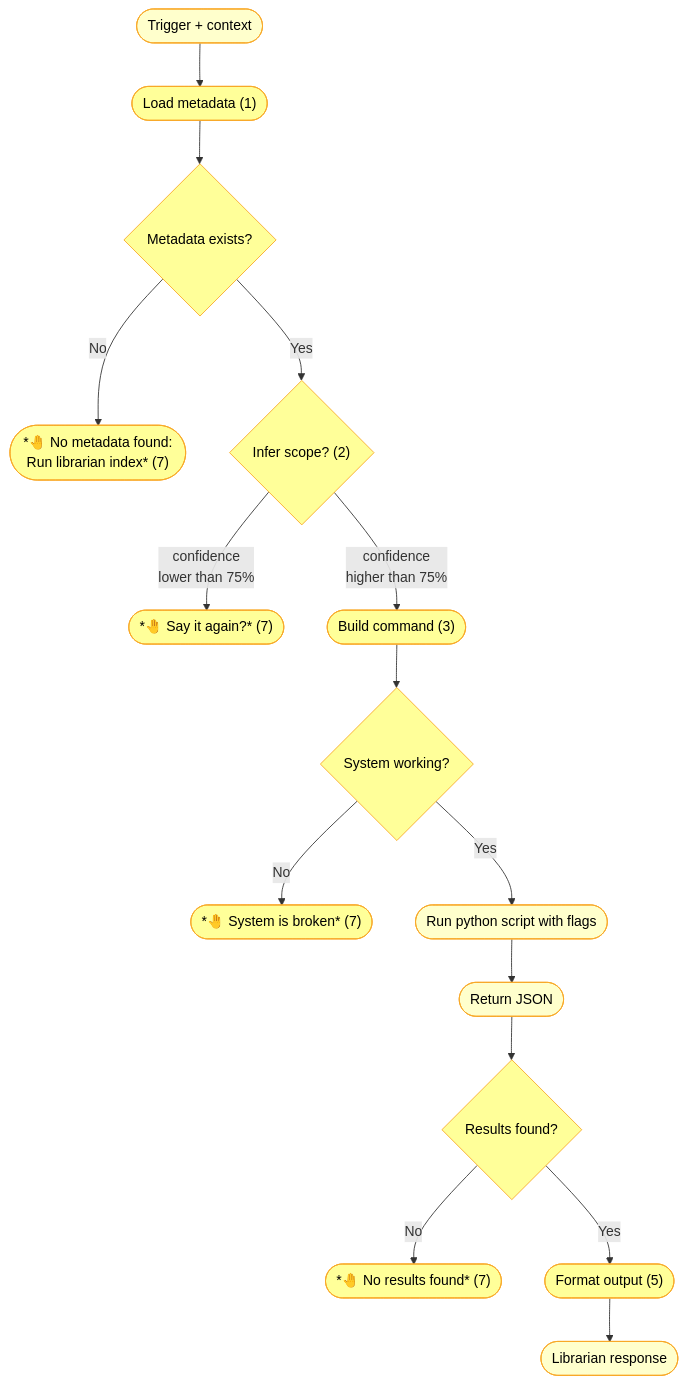
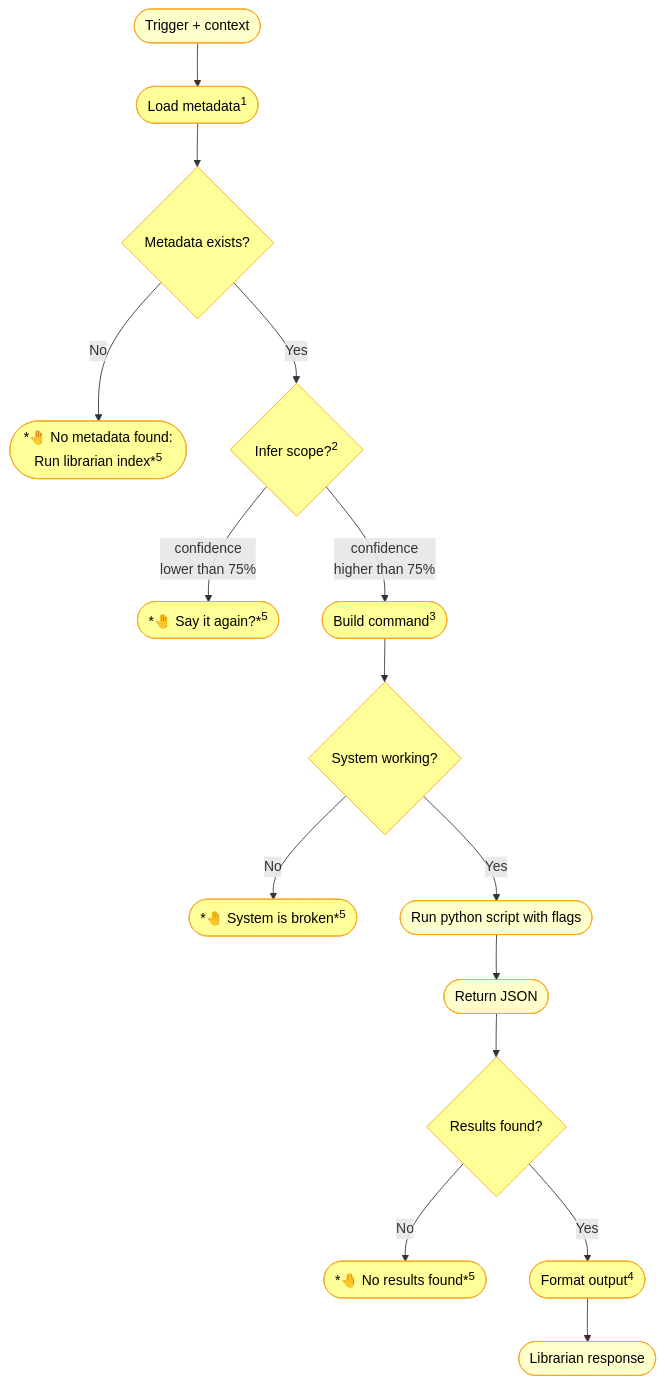
The diagram in backstage/epic-notes/v0.15.0-skill-protocol.md (nonlinear/librarian), drawn with Mermaid before and after one commit.

Commit message:
arch: Try superscript in mermaid diagram

````diff
--- a/backstage/epic-notes/v0.15.0-skill-protocol.md
+++ b/backstage/epic-notes/v0.15.0-skill-protocol.md
@@ -3,41 +3,41 @@
 ```mermaid
 flowchart TB
     TRIGGER(["Trigger + context"])
-    TRIGGER --> METADATA(["Load metadata (1)"])
+    TRIGGER --> METADATA(["Load metadata<sup>1</sup>"])
     METADATA --> CHECK{"Metadata exists?"}
     
-    CHECK -->|"No"| ERROR(["*🤚 No metadata found:<br>Run librarian index* (7)"])
-    CHECK -->|"Yes"| INFER{"Infer scope? (2)"}
+    CHECK -->|"No"| ERROR(["*🤚 No metadata found:<br>Run librarian index*<sup>5</sup>"])
+    CHECK -->|"Yes"| INFER{"Infer scope?<sup>2</sup>"}
     
-    INFER -->|"confidence<br>lower than 75%"| CLARIFY(["*🤚 Say it again?* (7)"])
-    INFER -->|"confidence<br>higher than 75%"| BUILD(["Build command (3)"])
+    INFER -->|"confidence<br>lower than 75%"| CLARIFY(["*🤚 Say it again?*<sup>5</sup>"])
+    INFER -->|"confidence<br>higher than 75%"| BUILD(["Build command<sup>3</sup>"])
     
     BUILD --> CHECK_SYSTEM{"System working?"}
     
-    CHECK_SYSTEM -->|"No"| BROKEN(["*🤚 System is broken* (7)"])
+    CHECK_SYSTEM -->|"No"| BROKEN(["*🤚 System is broken*<sup>5</sup>"])
     CHECK_SYSTEM -->|"Yes"| EXEC(["Run python script with flags"])
     
     EXEC --> JSON(["Return JSON"])
     JSON --> CHECK_RESULTS{"Results found?"}
     
-    CHECK_RESULTS -->|"No"| EMPTY(["*🤚 No results found* (7)"])
-    CHECK_RESULTS -->|"Yes"| FORMAT(["Format output (5)"])
+    CHECK_RESULTS -->|"No"| EMPTY(["*🤚 No results found*<sup>5</sup>"])
+    CHECK_RESULTS -->|"Yes"| FORMAT(["Format output<sup>4</sup>"])
     
     FORMAT --> RESPONSE(["Librarian response"])
     
     style TRIGGER fill:#FFFFCC,stroke:#F9A825,color:#000
     style METADATA fill:#FFFF99,stroke:#F9A825,color:#000
     style INFER fill:#FFFF99,stroke:#F9A825,color:#000
     style CLARIFY fill:#FFFF99,stroke:#F9A825,color:#000
     style BUILD fill:#FFFF99,stroke:#F9A825,color:#000
     style EXEC fill:#FFFFCC,stroke:#F9A825,color:#000
     style JSON fill:#FFFFCC,stroke:#F9A825,color:#000
     style FORMAT fill:#FFFF99,stroke:#F9A825,color:#000
     style RESPONSE fill:#FFFFCC,stroke:#F9A825,color:#000
     style CHECK fill:#FFFF99,stroke:#F9A825,color:#000
     style ERROR fill:#FFFF99,stroke:#F9A825,color:#000
     style CHECK_SYSTEM fill:#FFFF99,stroke:#F9A825,color:#000
     style BROKEN fill:#FFFF99,stroke:#F9A825,color:#000
     style CHECK_RESULTS fill:#FFFF99,stroke:#F9A825,color:#000
     style EMPTY fill:#FFFF99,stroke:#F9A825,color:#000
 ```
````
